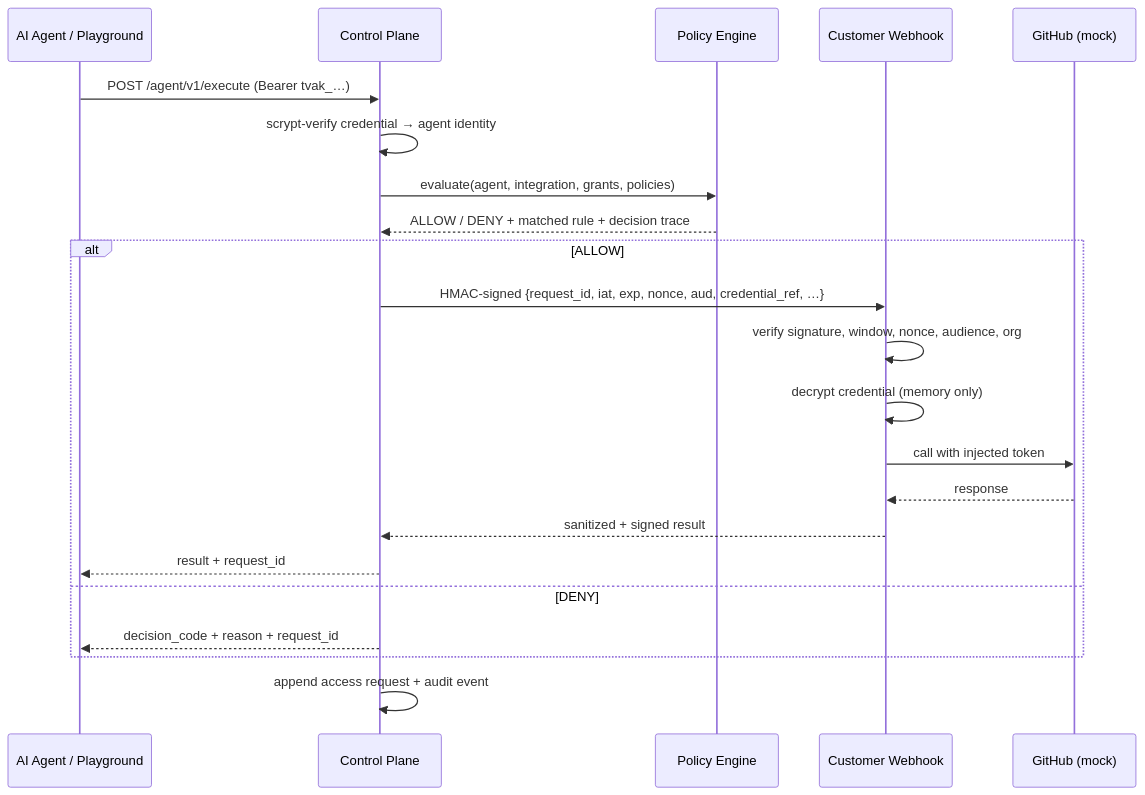
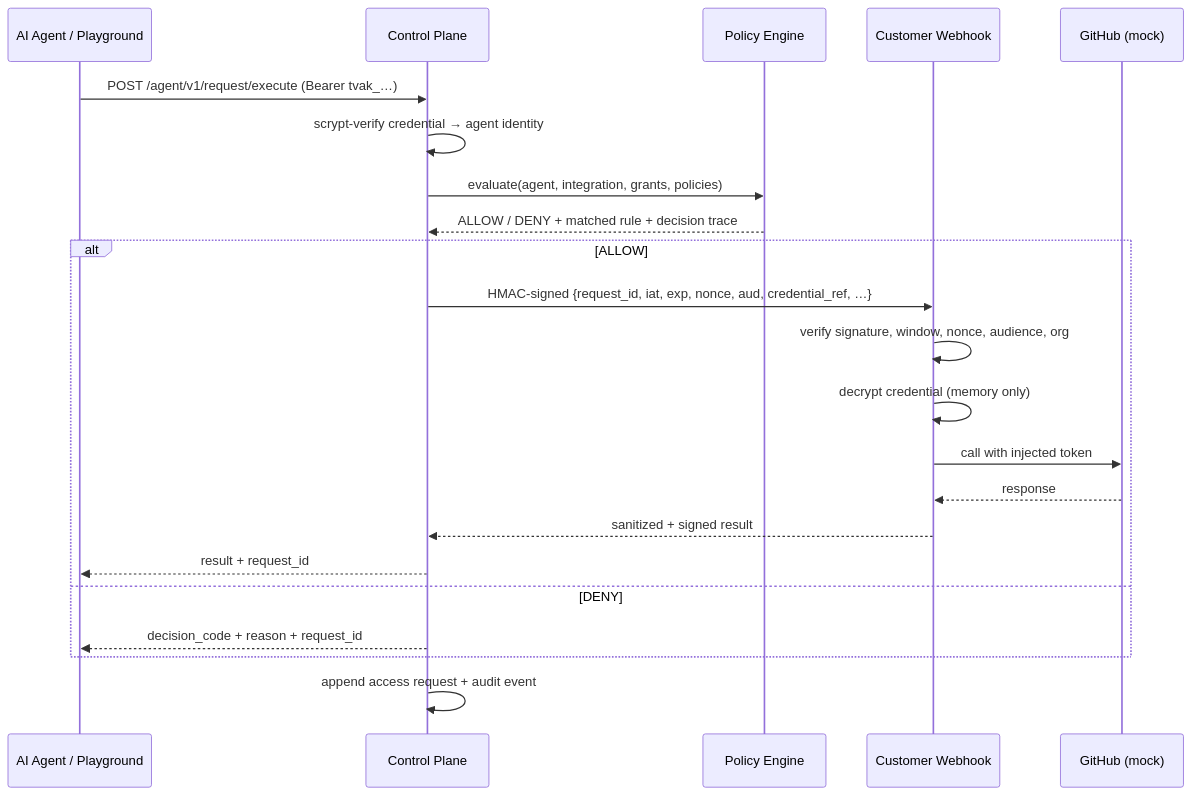
The third of 4 diagrams in docs/SCREEN_MAP.md (y0quality1-glitch/token-vault), drawn with Mermaid before and after one commit. The commit also changed 15 other files, not shown here.

````diff
--- a/docs/SCREEN_MAP.md
+++ b/docs/SCREEN_MAP.md
@@ -101,24 +101,24 @@
 ```mermaid
 sequenceDiagram
     participant A as AI Agent / Playground
     participant C as Control Plane
     participant P as Policy Engine
     participant W as Customer Webhook
     participant G as GitHub (mock)
-    A->>C: POST /agent/v1/execute (Bearer tvak_…)
+    A->>C: POST /agent/v1/request/execute (Bearer tvak_…)
     C->>C: scrypt-verify credential → agent identity
     C->>P: evaluate(agent, integration, grants, policies)
     P-->>C: ALLOW / DENY + matched rule + decision trace
     alt ALLOW
         C->>W: HMAC-signed {request_id, iat, exp, nonce, aud, credential_ref, …}
         W->>W: verify signature, window, nonce, audience, org
         W->>W: decrypt credential (memory only)
         W->>G: call with injected token
         G-->>W: response
         W-->>C: sanitized + signed result
         C-->>A: result + request_id
     else DENY
         C-->>A: decision_code + reason + request_id
     end
     C->>C: append access request + audit event
 ```
````
